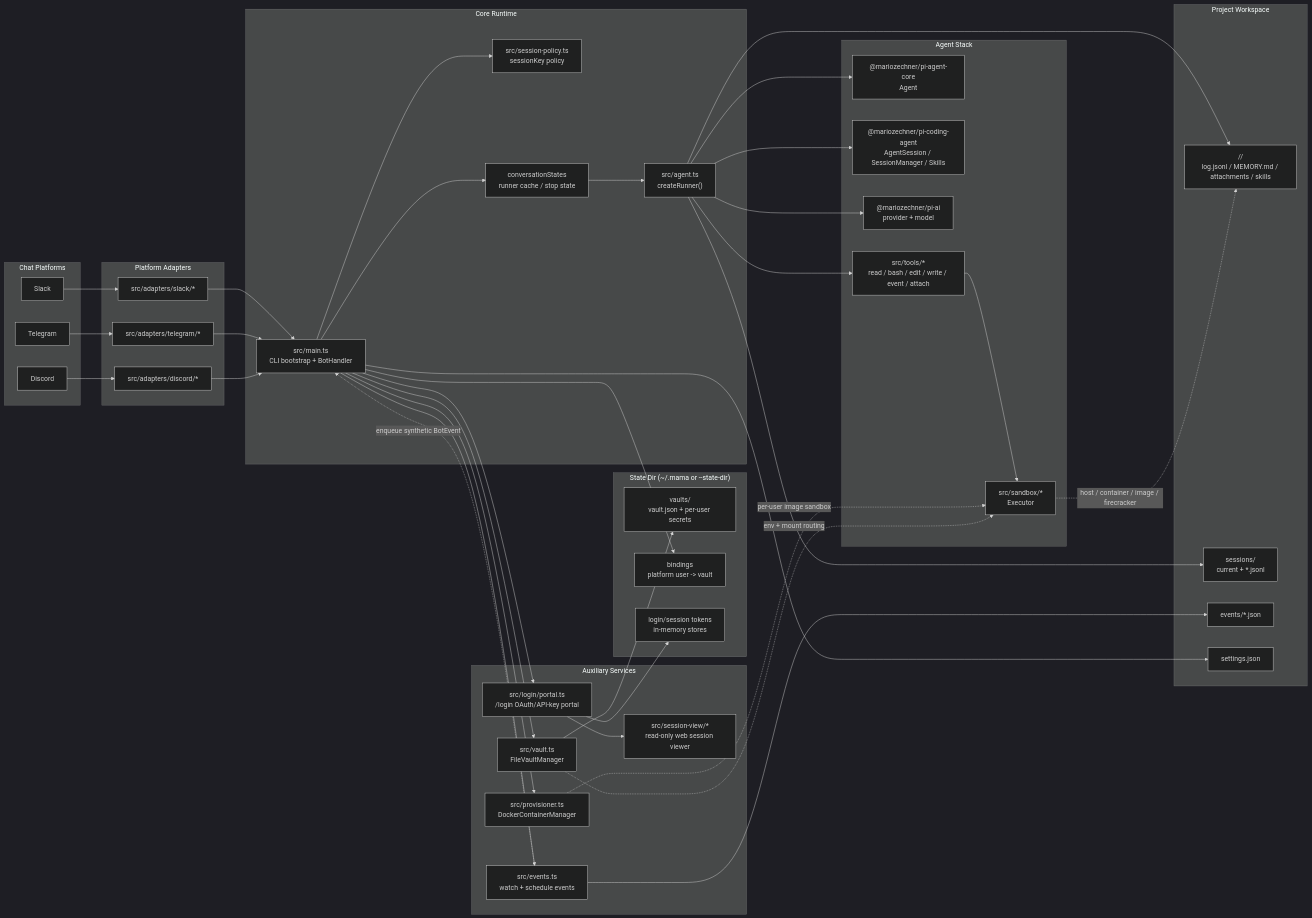
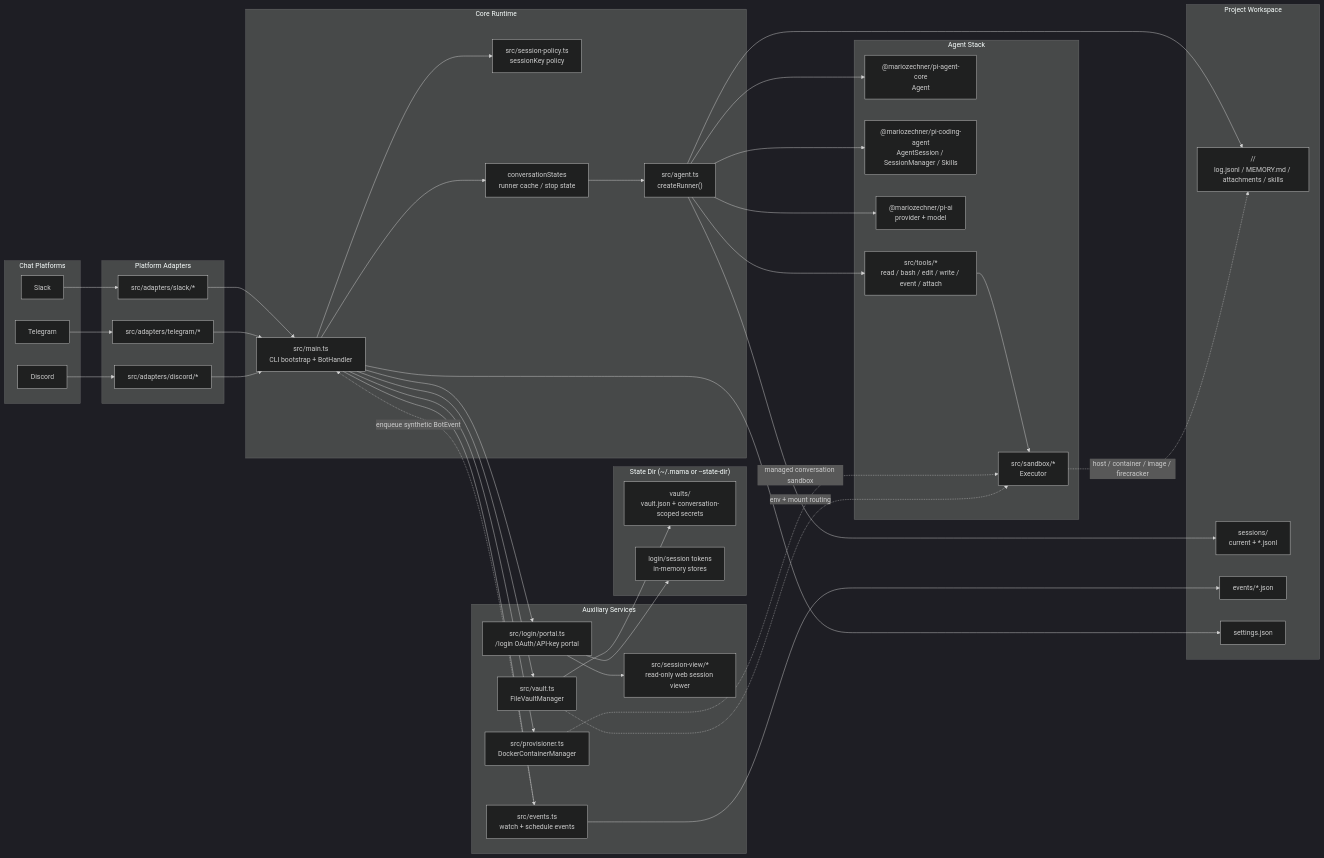
Before and after one commit to geminixiang/mama: the first of 3 diagrams in docs/architecture.md, drawn with Mermaid (dark theme). The commit also changed other lines of this file and 17 other files, not shown here.

Commit message:
refactor(vault): make conversation vault dirs the source of truth

````diff
--- a/docs/architecture.md
+++ b/docs/architecture.md
@@ -48,8 +48,7 @@
   end
 
   subgraph StateDir["State Dir (~/.mama or --state-dir)"]
-    Vaults["vaults/\nvault.json + per-user secrets"]
-    Bindings["bindings\nplatform user -> vault"]
+    Vaults["vaults/\nvault.json + conversation-scoped secrets"]
     LinkTokens["login/session tokens\nin-memory stores"]
   end
 
@@ -90,11 +89,10 @@
   Main --> Settings
   EventsWatcher --> EventsDir
   VaultManager --> Vaults
-  Main --> Bindings
   LinkServer --> LinkTokens
 
   Executor -. host / container / image / firecracker .-> ConversationDir
-  Provisioner -. per-user image sandbox .-> Executor
+  Provisioner -. managed conversation sandbox .-> Executor
   VaultManager -. env + mount routing .-> Executor
   EventsWatcher -. enqueue synthetic BotEvent .-> Main
 ```
````
